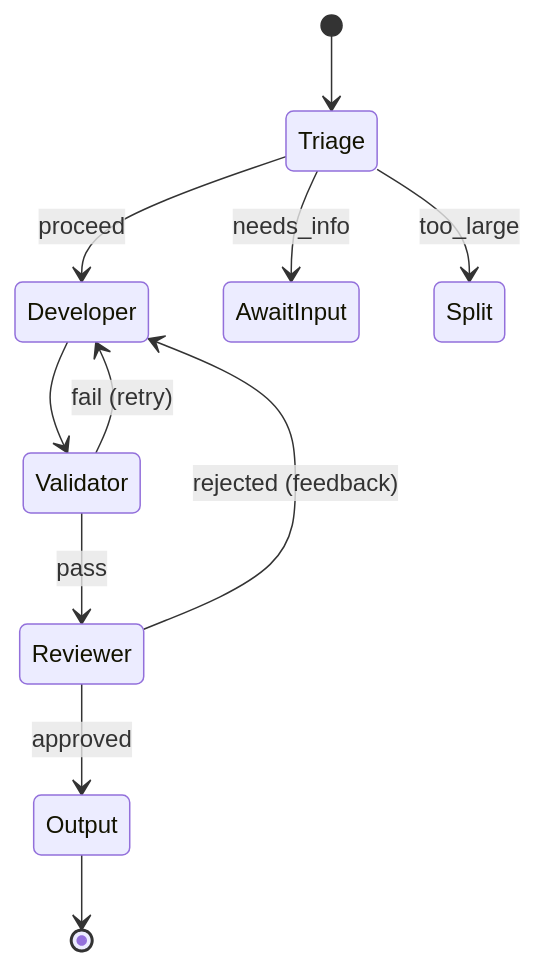
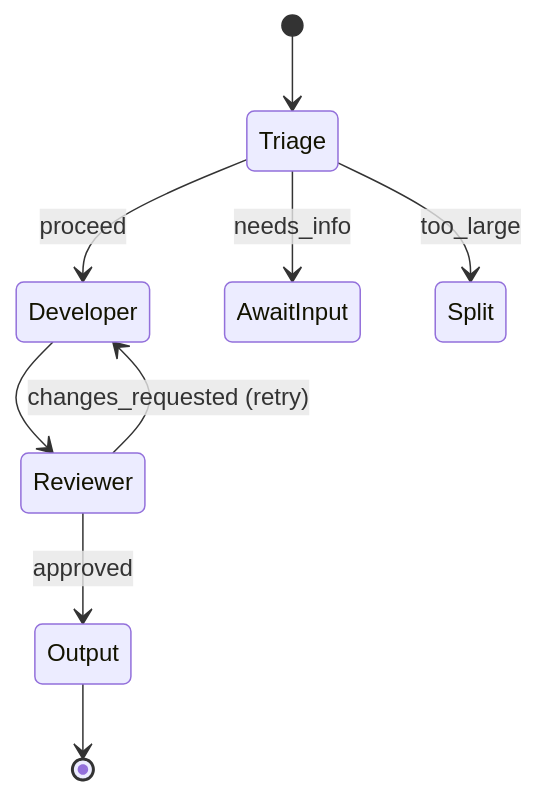
One commit to sudoTomas/embry0 changed the third of 3 diagrams in README.md. Above: the diagram before and after it, drawn with Mermaid. The commit also changed other lines of this file and 2 other files, not shown here.

Commit message:
docs: update CLAUDE.md, README, architecture to reflect current pipeline (no validator, 34 safety patterns, rich events)

````diff
--- a/README.md
+++ b/README.md
@@ -116,15 +113,13 @@
 ```mermaid
 stateDiagram-v2
     [*] --> Triage
     
     Triage --> Developer: proceed
     Triage --> AwaitInput: needs_info
     Triage --> Split: too_large
 
-    Developer --> Validator
-    Validator --> Reviewer: pass
-    Validator --> Developer: fail (retry)
+    Developer --> Reviewer
     Reviewer --> Output: approved
-    Reviewer --> Developer: rejected (feedback)
+    Reviewer --> Developer: changes_requested (retry)
     Output --> [*]
 ```
````
